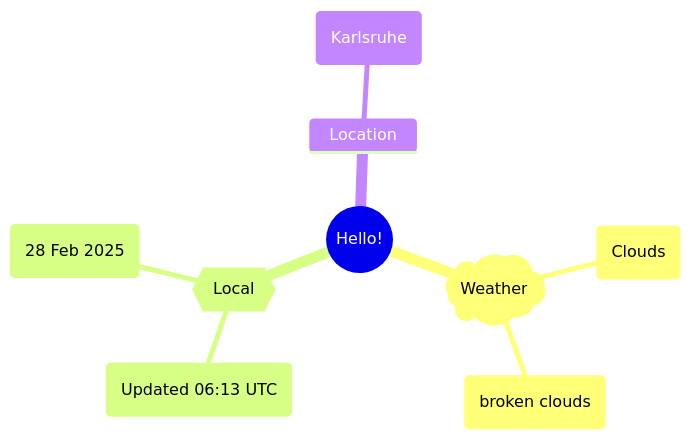
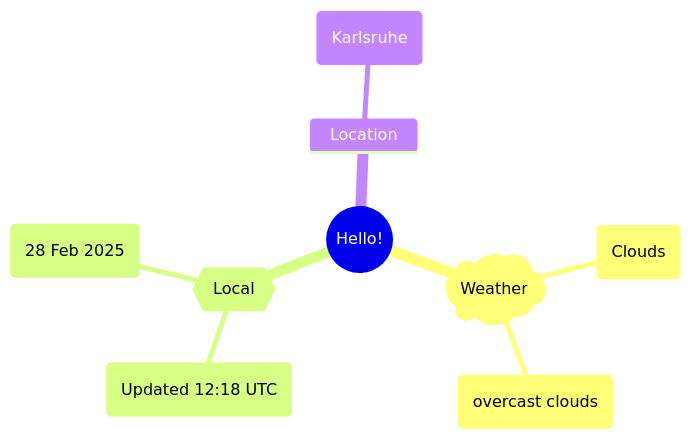
Before and after one commit to Xosrov/Xosrov: the first of 2 diagrams in README.md, drawn with Mermaid.

Commit message:
[bot] updated images

````diff
--- a/README.md
+++ b/README.md
@@ -3,12 +3,12 @@
 ```mermaid
 mindmap
   root((Hello!))
     )Weather(
         (Clouds)
-        (broken clouds)
+        (overcast clouds)
     {{Local}}
-        (Updated 06:13 UTC)
+        (Updated 12:18 UTC)
         (28 Feb 2025)
     Location
         (Karlsruhe)
 ```
````
